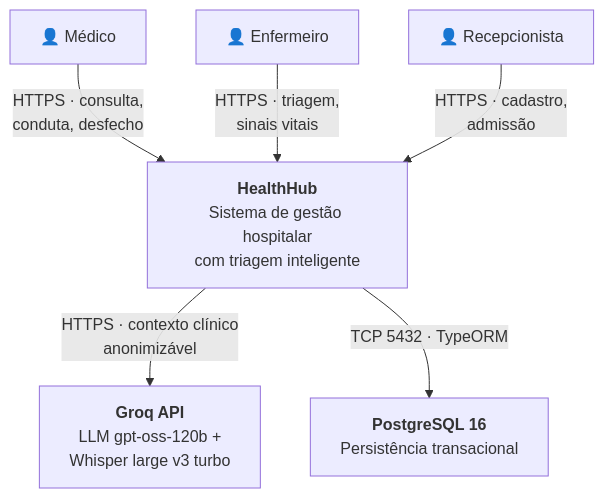
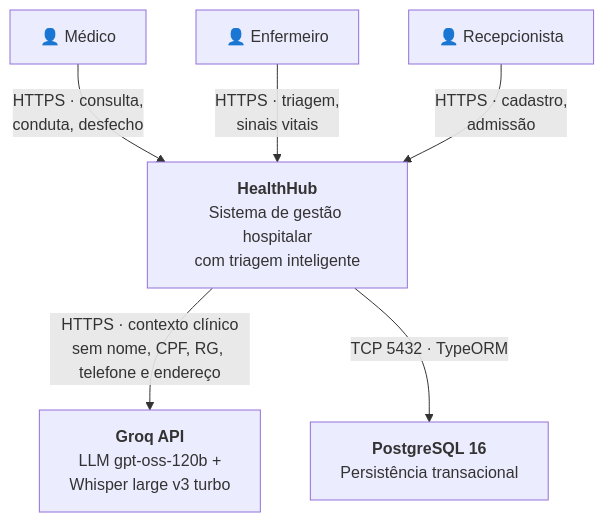
The third of 31 diagrams in DOCUMENTO_ENGENHARIA_SOFTWARE.md (MikaelDiogo/HealthHub_Mono), drawn with Mermaid before and after one commit. The commit also changed other lines of this file and 11 other files, not shown here.

First line of the commit message:
fix(ia): remove o nome do paciente do contexto enviado ao provedor

````diff
--- a/DOCUMENTO_ENGENHARIA_SOFTWARE.md
+++ b/DOCUMENTO_ENGENHARIA_SOFTWARE.md
@@ -368,18 +368,18 @@
 ```mermaid
 flowchart TB
     MED["👤 Médico"]
     ENF["👤 Enfermeiro"]
     REC["👤 Recepcionista"]
 
     HH["<b>HealthHub</b><br/>Sistema de gestão hospitalar<br/>com triagem inteligente"]
 
     GROQ["<b>Groq API</b><br/>LLM gpt-oss-120b +<br/>Whisper large v3 turbo"]
     PG["<b>PostgreSQL 16</b><br/>Persistência transacional"]
 
     MED -->|"HTTPS · consulta,<br/>conduta, desfecho"| HH
     ENF -->|"HTTPS · triagem,<br/>sinais vitais"| HH
     REC -->|"HTTPS · cadastro,<br/>admissão"| HH
 
-    HH -->|"HTTPS · contexto clínico<br/>anonimizável"| GROQ
+    HH -->|"HTTPS · contexto clínico<br/>sem nome, CPF, RG, telefone e endereço"| GROQ
     HH -->|"TCP 5432 · TypeORM"| PG
 ```
````
